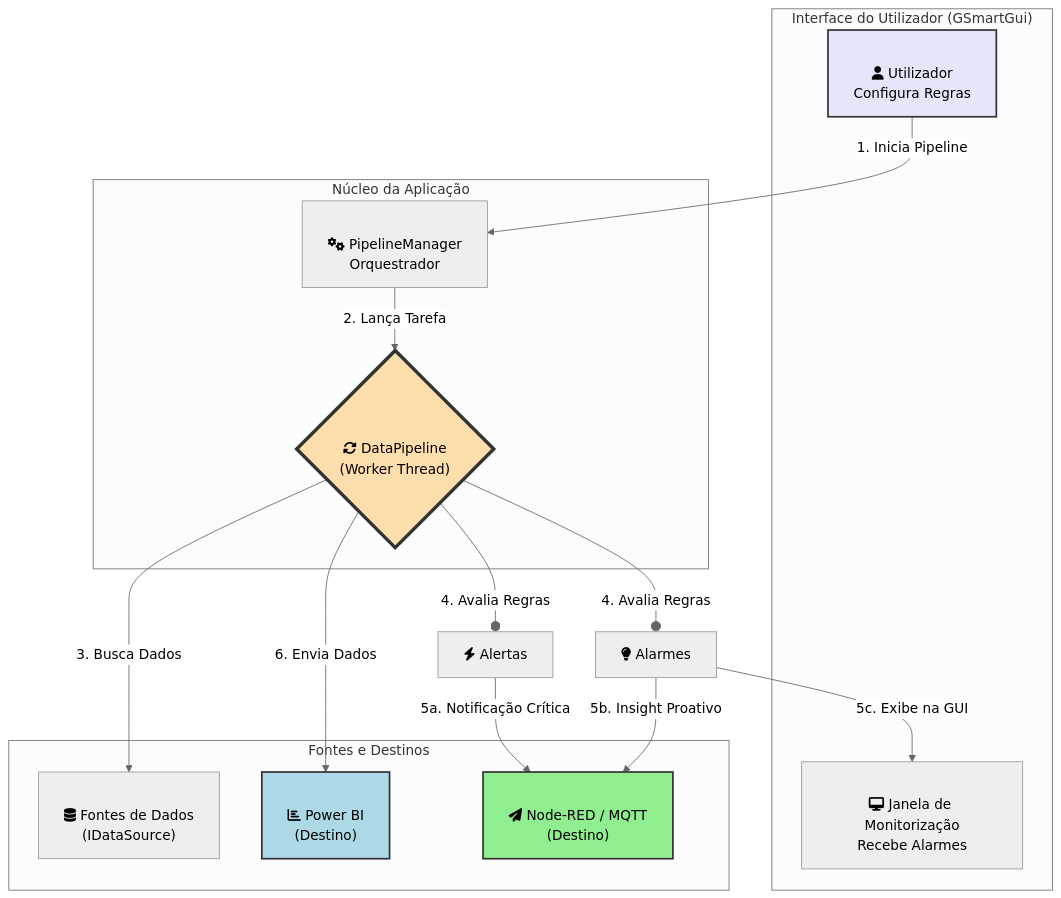
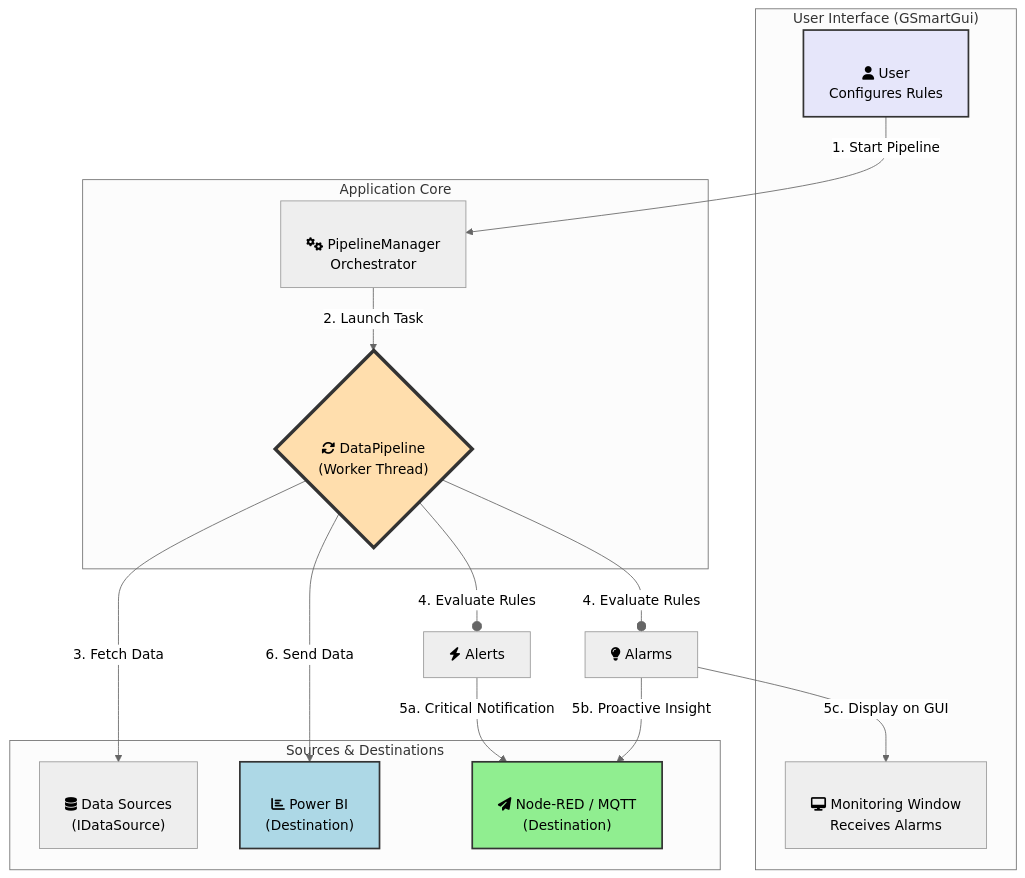
One commit to DCF-2/GSmart changed the diagram in README.md. Above: the diagram before and after it, drawn with Mermaid (neutral theme). The commit also changed other lines of this file and 521 other files, not shown here.

````diff
--- a/README.md
+++ b/README.md
@@ -27,34 +36,34 @@
 ```mermaid
 graph TD
-    subgraph "Interface do Utilizador (GSmartGui)"
-        A["<br>fa:fa-user Utilizador<br>Configura Regras"]
-        F["<br>fa:fa-desktop Janela de Monitorização<br>Recebe Alarmes"]
+    subgraph "User Interface (GSmartGui)"
+        A["<br>fa:fa-user User<br>Configures Rules"]
+        F["<br>fa:fa-desktop Monitoring Window<br>Receives Alarms"]
     end
 
-    subgraph "Núcleo da Aplicação"
-        B["<br>fa:fa-cogs PipelineManager<br>Orquestrador"]
+    subgraph "Application Core"
+        B["<br>fa:fa-cogs PipelineManager<br>Orchestrator"]
         C{"<br>fa:fa-sync-alt DataPipeline<br>(Worker Thread)"}
     end
 
-    subgraph "Fontes e Destinos"
-        D["<br>fa:fa-database Fontes de Dados<br>(IDataSource)"]
-        H["<br>fa:fa-chart-bar Power BI<br>(Destino)"]
-        I["<br>fa:fa-paper-plane Node-RED / MQTT<br>(Destino)"]
+    subgraph "Sources & Destinations"
+        D["<br>fa:fa-database Data Sources<br>(IDataSource)"]
+        H["<br>fa:fa-chart-bar Power BI<br>(Destination)"]
+        I["<br>fa:fa-paper-plane Node-RED / MQTT<br>(Destination)"]
     end
 
-    %% Fluxo
-    A -- "1. Inicia Pipeline" --> B
-    B -- "2. Lança Tarefa" --> C
-    C -- "3. Busca Dados" --> D
-    C -- "4. Avalia Regras" --o E1["fa:fa-bolt Alertas"] & E2["fa:fa-lightbulb Alarmes"]
-    E1 -- "5a. Notificação Crítica" --> I
-    E2 -- "5b. Insight Proativo" --> I
-    E2 -- "5c. Exibe na GUI" --> F
-    C -- "6. Envia Dados" --> H
+    %% Flow
+    A -- "1. Start Pipeline" --> B
+    B -- "2. Launch Task" --> C
+    C -- "3. Fetch Data" --> D
+    C -- "4. Evaluate Rules" --o E1["fa:fa-bolt Alerts"] & E2["fa:fa-lightbulb Alarms"]
+    E1 -- "5a. Critical Notification" --> I
+    E2 -- "5b. Proactive Insight" --> I
+    E2 -- "5c. Display on GUI" --> F
+    C -- "6. Send Data" --> H
 
-    %% Estilos
+    %% Styles
     style C fill:#ffdead,stroke:#333,stroke-width:4px
     style A fill:#e6e6fa,stroke:#333,stroke-width:2px
     style H fill:#add8e6,stroke:#333,stroke-width:2px
-    style I fill:#90ee90,stroke:#333,stroke-width:2px
-```
+    style I fill:#90ee90,stroke:#333,stroke-width:2px 
+   ``` 
````
